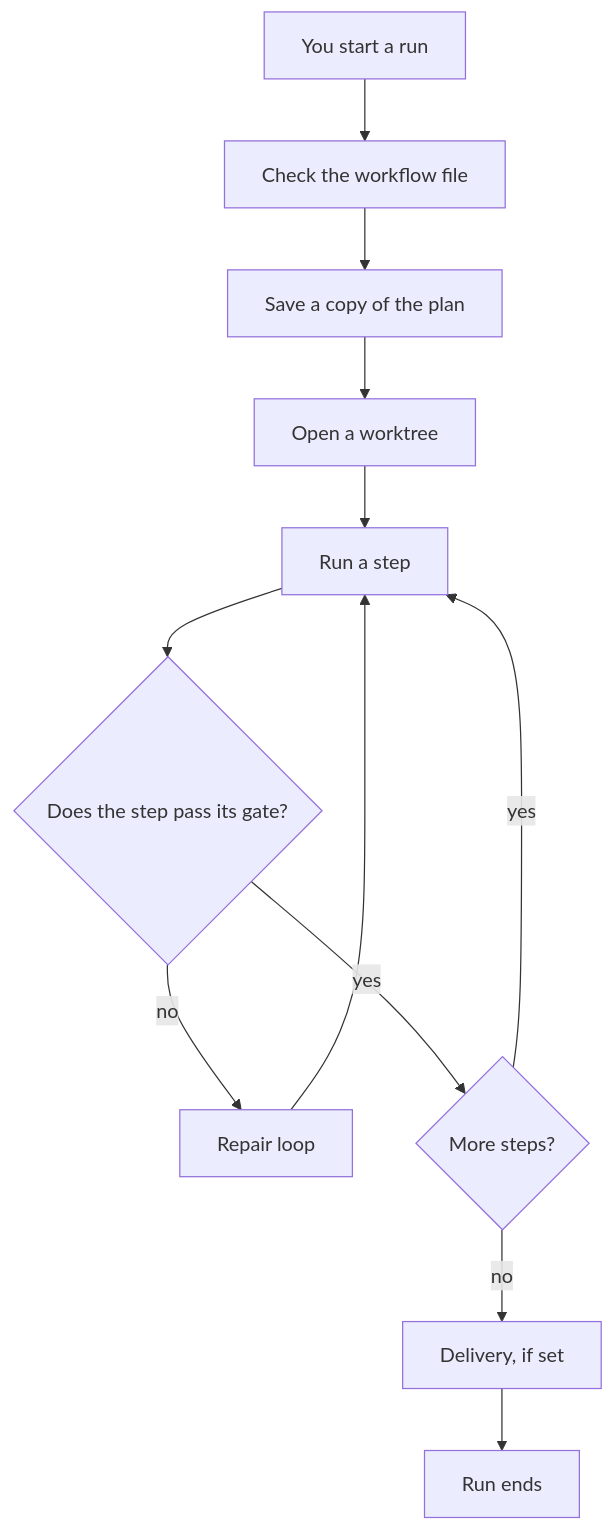
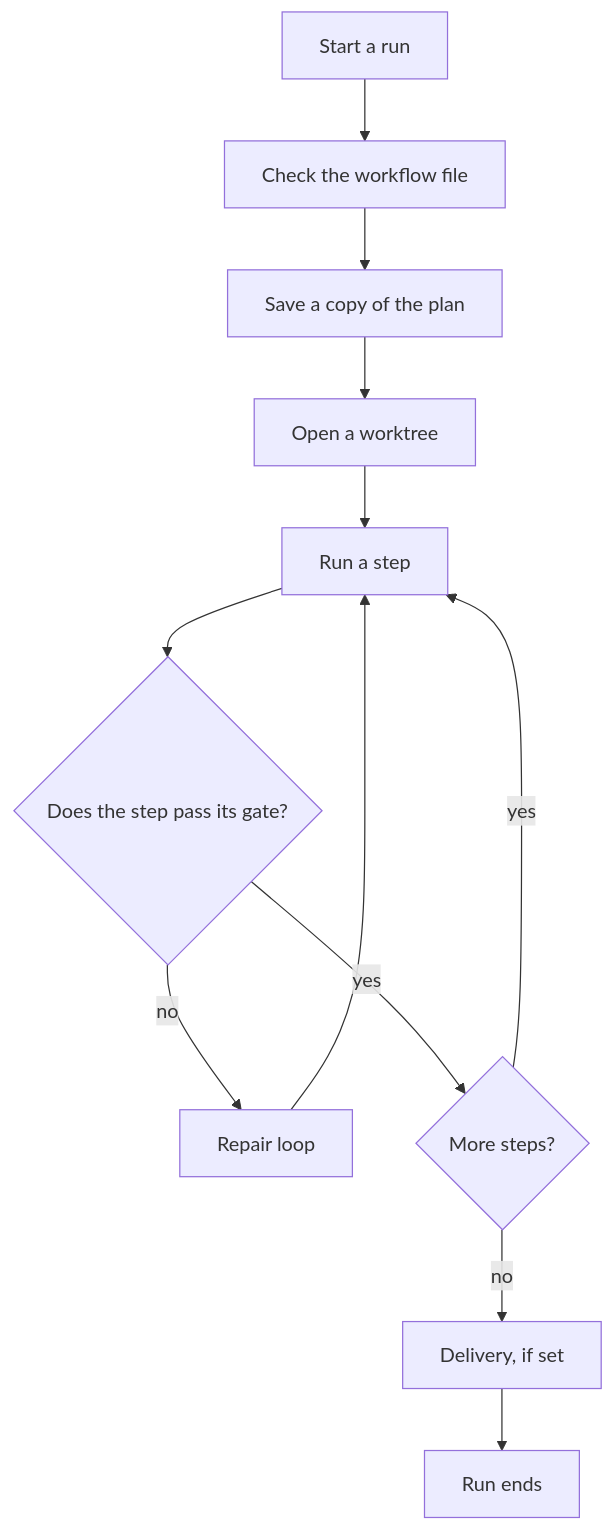
The diagram in docs/product/workflows.md (MiviaLabs/mivia-agent), drawn with Mermaid before and after one commit. The commit also changed other lines of this file and 80 other files, not shown here.

````diff
--- a/docs/product/workflows.md
+++ b/docs/product/workflows.md
@@ -37,14 +34,14 @@
 ```mermaid
 flowchart TD
-    Start["You start a run"] --> Compile["Check the workflow file"]
+    Start["Start a run"] --> Compile["Check the workflow file"]
     Compile --> Snapshot["Save a copy of the plan"]
     Snapshot --> Worktree["Open a worktree"]
     Worktree --> Step["Run a step"]
     Step --> Gate{"Does the step pass its gate?"}
     Gate -->|no| Repair["Repair loop"]
     Repair --> Step
     Gate -->|yes| Next{"More steps?"}
     Next -->|yes| Step
     Next -->|no| Delivery["Delivery, if set"]
     Delivery --> End["Run ends"]
 ```
````
